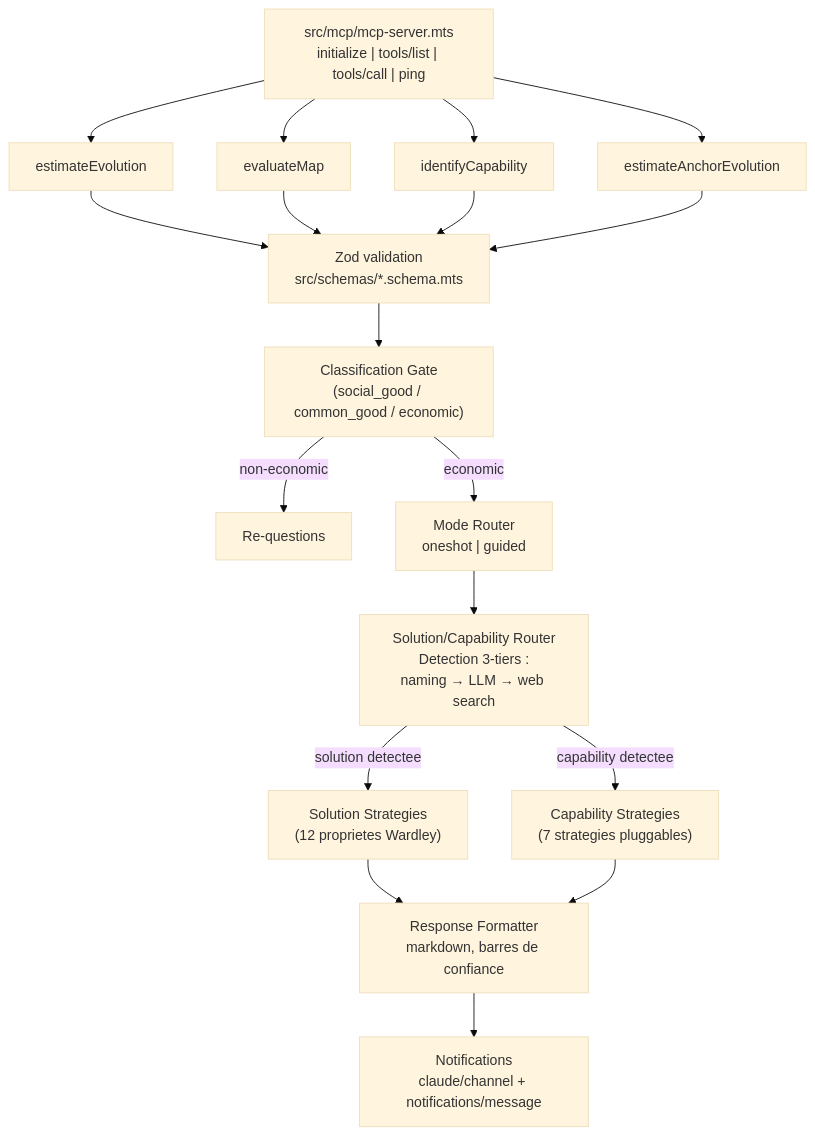
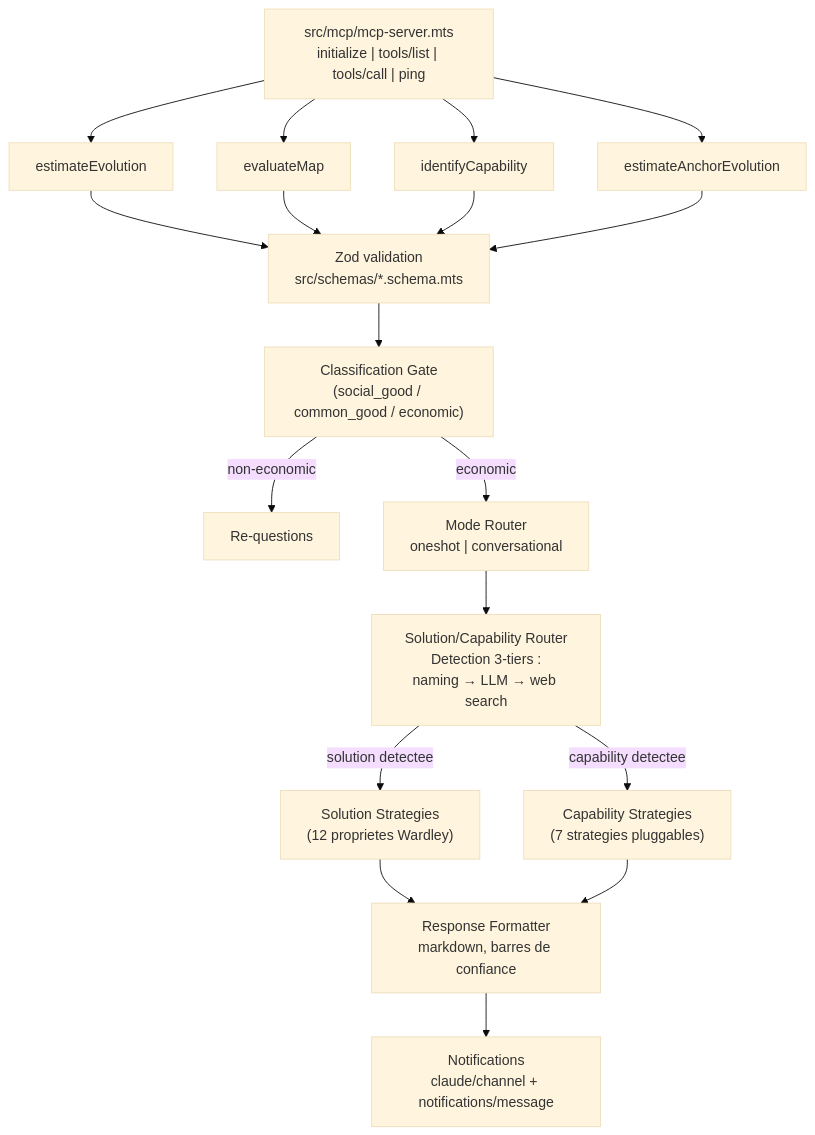
The first of 5 diagrams in docs/technical/architecture.md (formicoidea/labre-mcp), drawn with Mermaid (base theme) before and after one commit. The commit also changed other lines of this file and 7 other files, not shown here.

First line of the commit message:
docs: align with auto/report routing and conversational mode

````diff
--- a/docs/technical/architecture.md
+++ b/docs/technical/architecture.md
@@ -9,21 +9,21 @@
 ```mermaid
 flowchart TD
     MCP["src/mcp/mcp-server.mts\ninitialize | tools/list | tools/call | ping"]
     MCP --> EE["estimateEvolution"]
     MCP --> EM["evaluateMap"]
     MCP --> IC["identifyCapability"]
     MCP --> AN["estimateAnchorEvolution"]
 
     EE & EM & IC & AN --> Zod["Zod validation\nsrc/schemas/*.schema.mts"]
     Zod --> CG["Classification Gate\n(social_good / common_good / economic)"]
     CG -->|"non-economic"| RQ["Re-questions"]
-    CG -->|"economic"| MR["Mode Router\noneshot | guided"]
+    CG -->|"economic"| MR["Mode Router\noneshot | conversational"]
 
     MR --> SCR["Solution/Capability Router\nDetection 3-tiers :\nnaming → LLM → web search"]
 
     SCR -->|"solution detectee"| SS["Solution Strategies\n(12 proprietes Wardley)"]
     SCR -->|"capability detectee"| CS["Capability Strategies\n(7 strategies pluggables)"]
 
     SS & CS --> RF["Response Formatter\nmarkdown, barres de confiance"]
     RF --> N["Notifications\nclaude/channel + notifications/message"]
 ```
````
